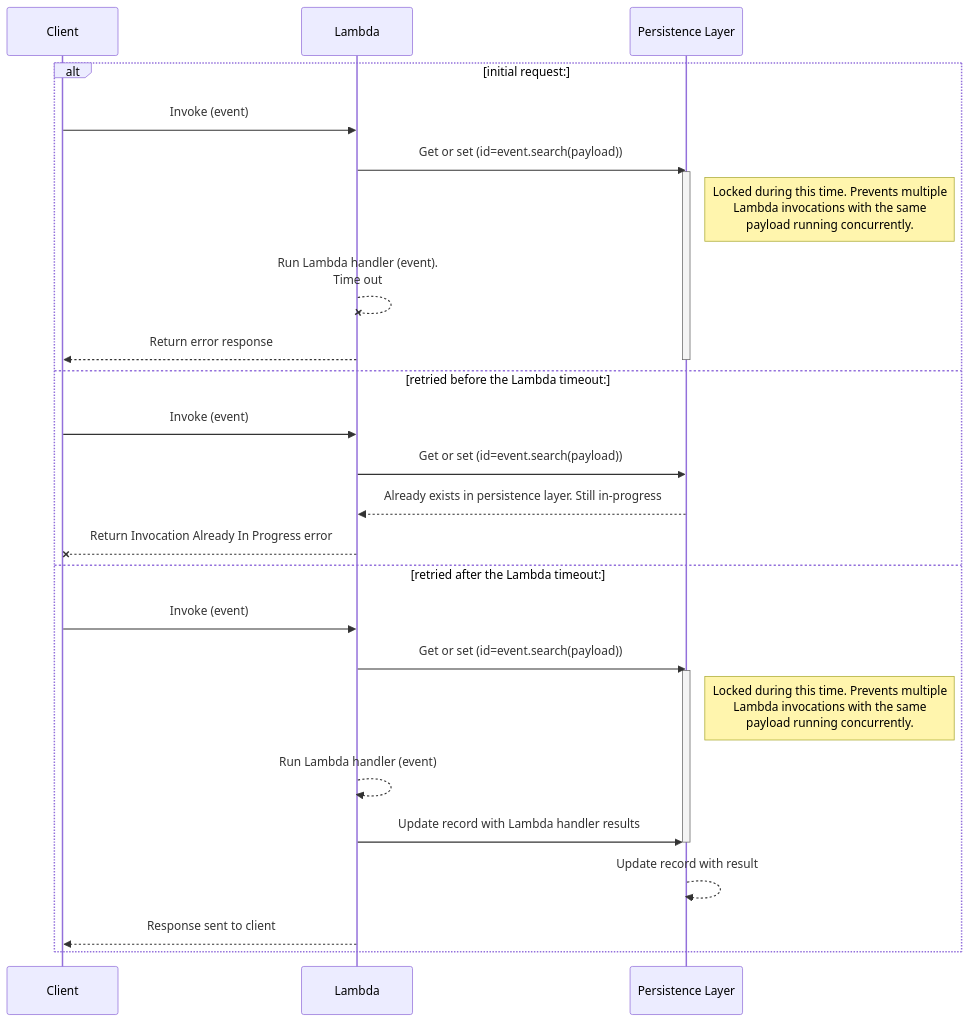
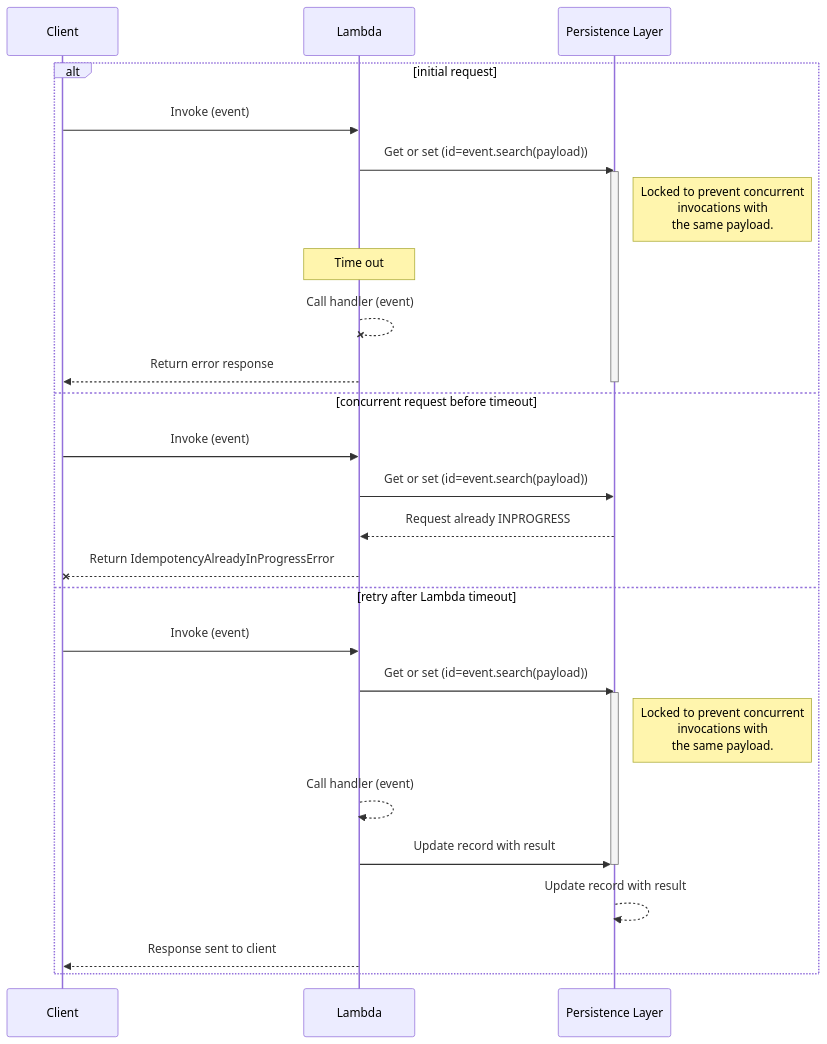
The second of 3 diagrams in docs/utilities/idempotency.md (aws-powertools/powertools-lambda-python), drawn with Mermaid before and after one commit. The commit also changed other lines of this file, not shown here.

Commit message:
docs(idempotency): shorten wording to fit new mermaid SVG

````diff
--- a/docs/utilities/idempotency.md
+++ b/docs/utilities/idempotency.md
@@ -435,30 +435,31 @@
 ```mermaid
 sequenceDiagram
     participant Client
     participant Lambda
     participant Persistence Layer
-    alt initial request:
+    alt initial request
         Client->>Lambda: Invoke (event)
         Lambda->>Persistence Layer: Get or set (id=event.search(payload))
         activate Persistence Layer
-        Note right of Persistence Layer: Locked during this time. Prevents multiple<br/>Lambda invocations with the same<br/>payload running concurrently.
-        Lambda--xLambda: Run Lambda handler (event).<br/>Time out
+        Note right of Persistence Layer: Locked to prevent concurrent<br/>invocations with <br/> the same payload.
+        Note over Lambda: Time out
+        Lambda--xLambda: Call handler (event)
         Lambda-->>Client: Return error response
         deactivate Persistence Layer
-    else retried before the Lambda timeout:
+    else concurrent request before timeout
         Client->>Lambda: Invoke (event)
         Lambda->>Persistence Layer: Get or set (id=event.search(payload))
-        Persistence Layer-->>Lambda: Already exists in persistence layer. Still in-progress
-        Lambda--xClient: Return Invocation Already In Progress error
-    else retried after the Lambda timeout:
+        Persistence Layer-->>Lambda: Request already INPROGRESS
+        Lambda--xClient: Return IdempotencyAlreadyInProgressError
+    else retry after Lambda timeout
         Client->>Lambda: Invoke (event)
         Lambda->>Persistence Layer: Get or set (id=event.search(payload))
         activate Persistence Layer
-        Note right of Persistence Layer: Locked during this time. Prevents multiple<br/>Lambda invocations with the same<br/>payload running concurrently.
-        Lambda-->>Lambda: Run Lambda handler (event)
-        Lambda->>Persistence Layer: Update record with Lambda handler results
+        Note right of Persistence Layer: Locked to prevent concurrent<br/>invocations with <br/> the same payload.
+        Lambda-->>Lambda: Call handler (event)
+        Lambda->>Persistence Layer: Update record with result
         deactivate Persistence Layer
         Persistence Layer-->>Persistence Layer: Update record with result
         Lambda-->>Client: Response sent to client
     end
 ```
````
